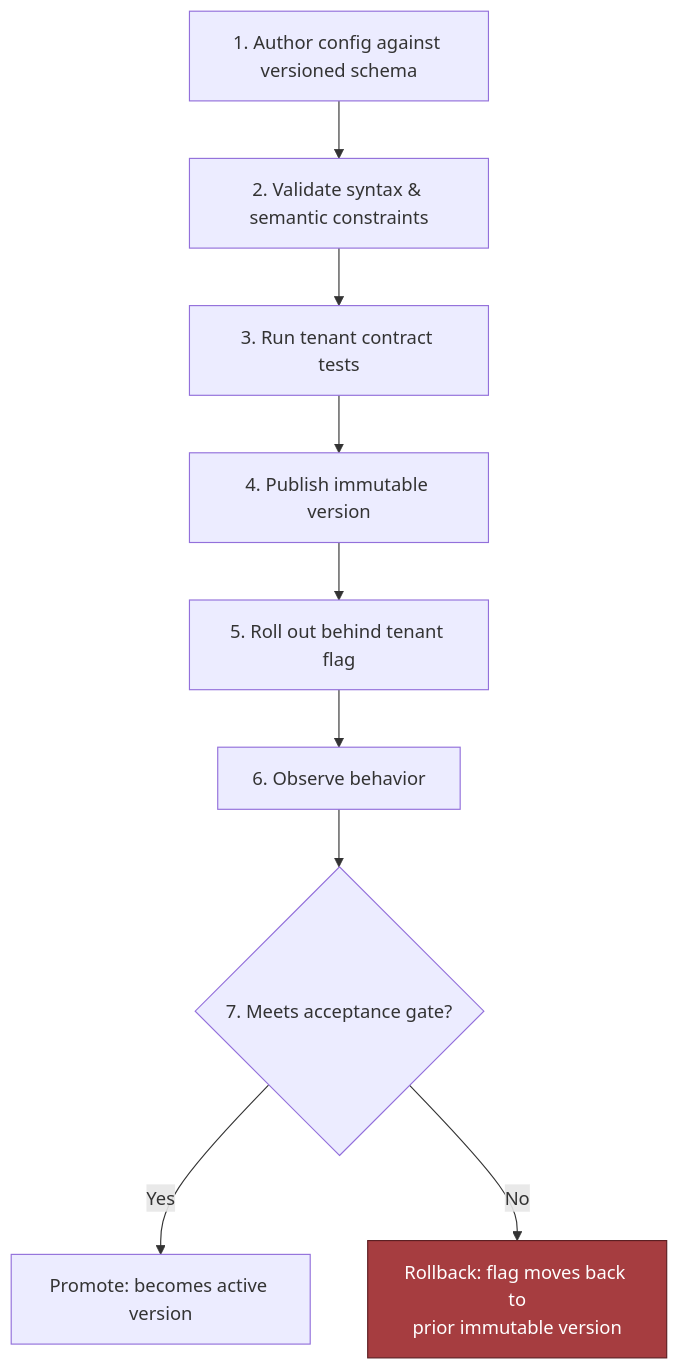
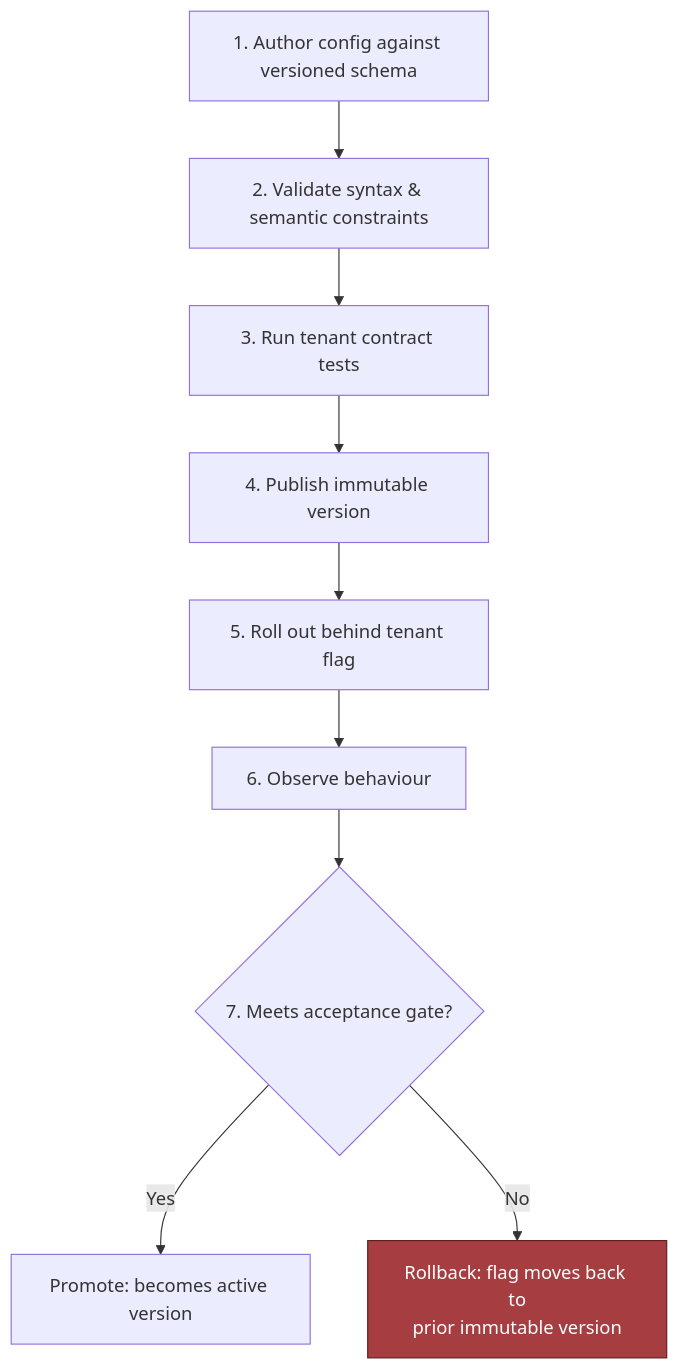
One commit to Sourav692/Forward-Deployed-Engineer-Interview-Prep changed the third of 3 diagrams in 02_System_Design_Case_Studies/Standalone_Designs/25_Configurable_Platform_Customer_Workflows/3_Tutorial/25_Tutorial_Part_2.md. Above: the diagram before and after it, drawn with Mermaid. The commit also changed 191 other files, not shown here.

First line of the commit message:
content: British spellings inside diagrams (AF-06)

````diff
--- a/02_System_Design_Case_Studies/Standalone_Designs/25_Configurable_Platform_Customer_Workflows/3_Tutorial/25_Tutorial_Part_2.md
+++ b/02_System_Design_Case_Studies/Standalone_Designs/25_Configurable_Platform_Customer_Workflows/3_Tutorial/25_Tutorial_Part_2.md
@@ -193,12 +193,12 @@
 ```mermaid
 flowchart TD
   A["1. Author config against versioned schema"] --> B["2. Validate syntax & semantic constraints"]
   B --> C["3. Run tenant contract tests"]
   C --> D["4. Publish immutable version"]
   D --> E["5. Roll out behind tenant flag"]
-  E --> F["6. Observe behavior"]
+  E --> F["6. Observe behaviour"]
   F --> G{"7. Meets acceptance gate?"}
   G -->|Yes| H["Promote: becomes active version"]
   G -->|No| I["Rollback: flag moves back to<br/>prior immutable version"]
   style I fill:#a63d40,stroke:#5c1f22,color:#fff
 ```
````
